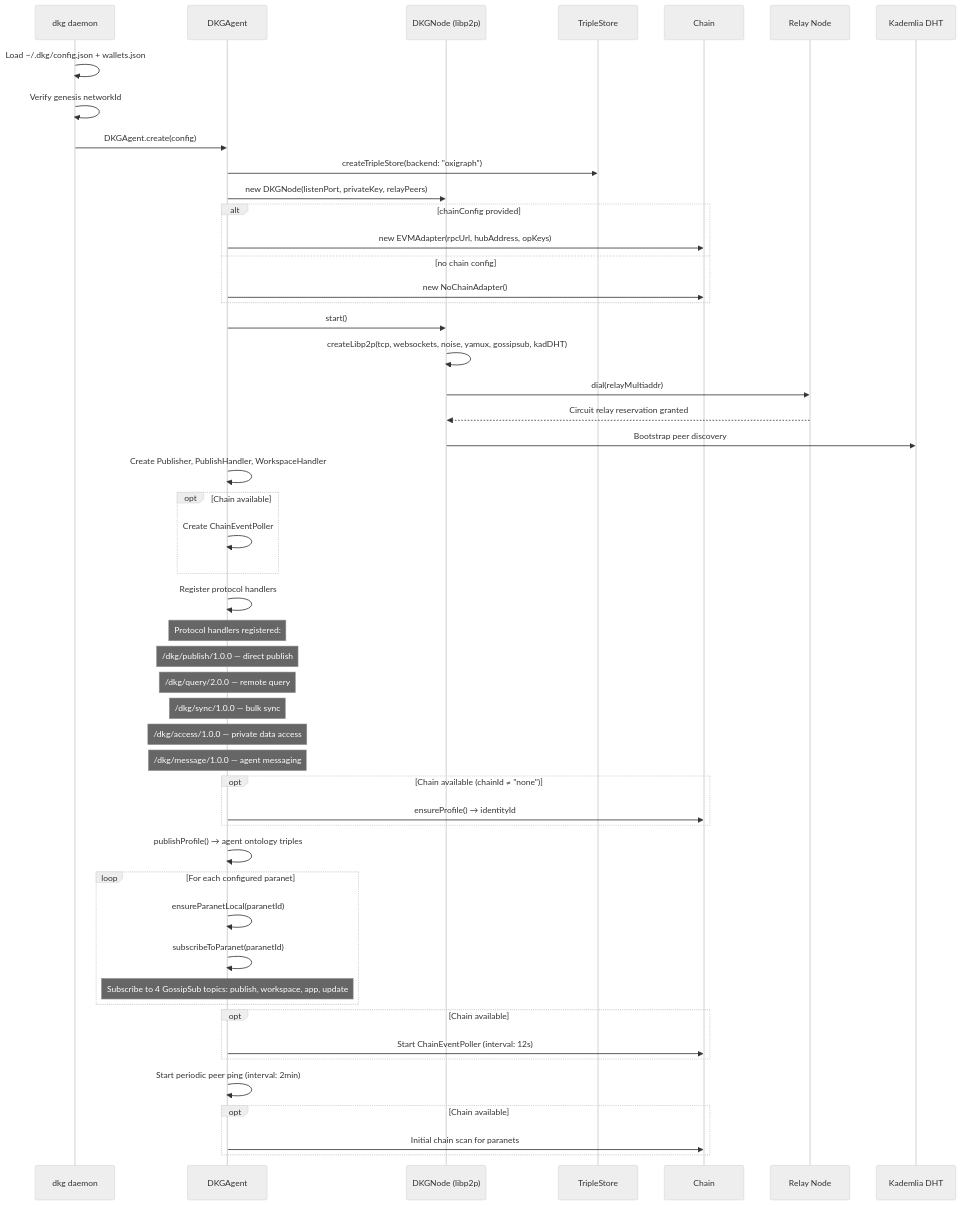
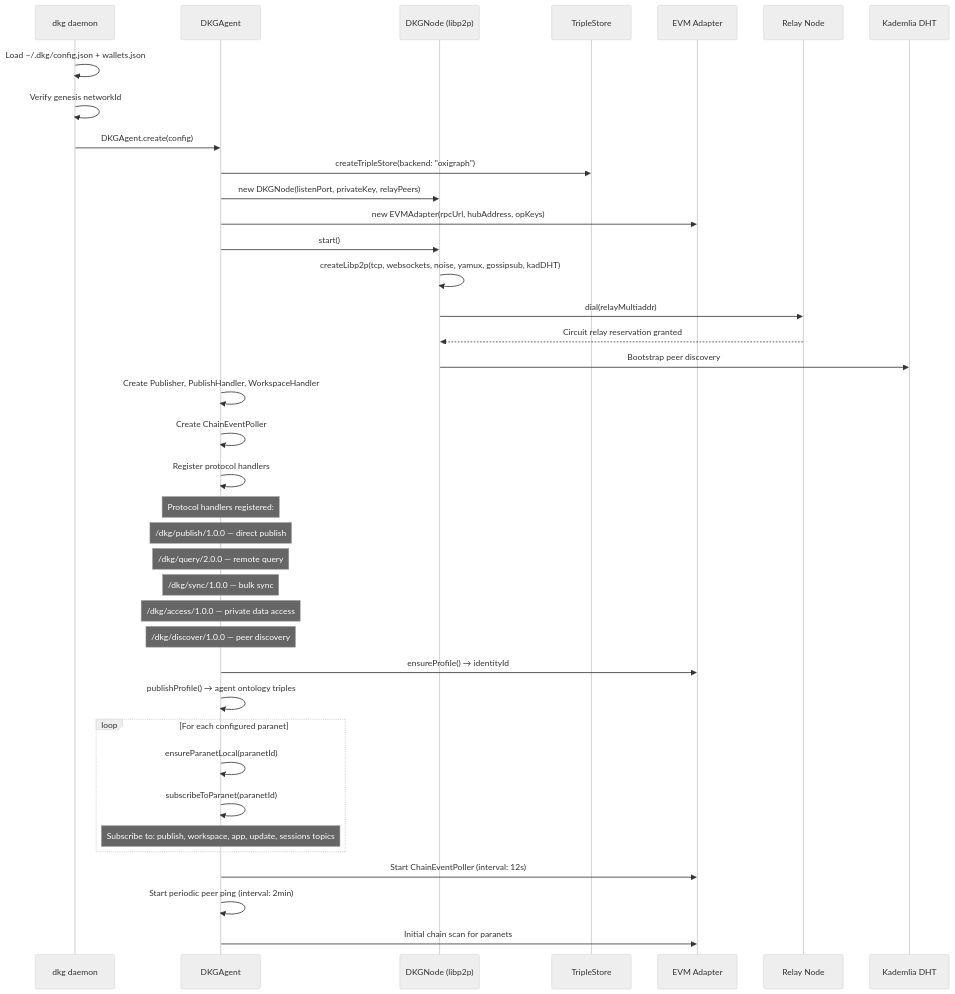
The first of 18 diagrams in docs/v9-protocol-operations.md (OriginTrail/dkg-v9), drawn with Mermaid (neutral theme) before and after one commit. The commit also changed other lines of this file and 12 other files, not shown here.

First line of the commit message:
feat: replicate-then-publish — agent integration, finalization, CLI

````diff
--- a/docs/v9-protocol-operations.md
+++ b/docs/v9-protocol-operations.md
@@ -30,60 +34,48 @@
 ```mermaid
 sequenceDiagram
     participant CLI as dkg daemon
     participant Agent as DKGAgent
     participant Node as DKGNode (libp2p)
     participant Store as TripleStore
-    participant Chain as Chain
+    participant Chain as EVM Adapter
     participant Relay as Relay Node
     participant DHT as Kademlia DHT
 
     CLI->>CLI: Load ~/.dkg/config.json + wallets.json
     CLI->>CLI: Verify genesis networkId
 
     CLI->>Agent: DKGAgent.create(config)
     Agent->>Store: createTripleStore(backend: "oxigraph")
     Agent->>Node: new DKGNode(listenPort, privateKey, relayPeers)
-    alt chainConfig provided
-        Agent->>Chain: new EVMAdapter(rpcUrl, hubAddress, opKeys)
-    else no chain config
-        Agent->>Chain: new NoChainAdapter()
-    end
+    Agent->>Chain: new EVMAdapter(rpcUrl, hubAddress, opKeys)
 
     Agent->>Node: start()
     Node->>Node: createLibp2p(tcp, websockets, noise, yamux, gossipsub, kadDHT)
     Node->>Relay: dial(relayMultiaddr)
     Relay-->>Node: Circuit relay reservation granted
     Node->>DHT: Bootstrap peer discovery
 
     Agent->>Agent: Create Publisher, PublishHandler, WorkspaceHandler
-    opt Chain available
-        Agent->>Agent: Create ChainEventPoller
-    end
+    Agent->>Agent: Create ChainEventPoller
     Agent->>Agent: Register protocol handlers
 
     Note over Agent: Protocol handlers registered:
     Note over Agent: /dkg/publish/1.0.0 — direct publish
     Note over Agent: /dkg/query/2.0.0 — remote query
     Note over Agent: /dkg/sync/1.0.0 — bulk sync
     Note over Agent: /dkg/access/1.0.0 — private data access
-    Note over Agent: /dkg/message/1.0.0 — agent messaging
+    Note over Agent: /dkg/discover/1.0.0 — peer discovery
 
-    opt Chain available (chainId ≠ "none")
-        Agent->>Chain: ensureProfile() → identityId
-    end
+    Agent->>Chain: ensureProfile() → identityId
     Agent->>Agent: publishProfile() → agent ontology triples
 
     loop For each configured paranet
         Agent->>Agent: ensureParanetLocal(paranetId)
         Agent->>Agent: subscribeToParanet(paranetId)
-        Note over Agent: Subscribe to 4 GossipSub topics: publish, workspace, app, update
+        Note over Agent: Subscribe to: publish, workspace, app, update, sessions topics
     end
 
-    opt Chain available
-        Agent->>Chain: Start ChainEventPoller (interval: 12s)
-    end
+    Agent->>Chain: Start ChainEventPoller (interval: 12s)
     Agent->>Agent: Start periodic peer ping (interval: 2min)
-    opt Chain available
-        Agent->>Chain: Initial chain scan for paranets
-    end
+    Agent->>Chain: Initial chain scan for paranets
 ```
````
